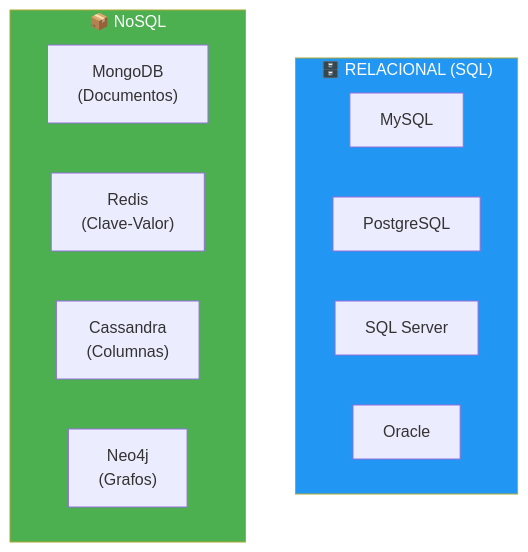
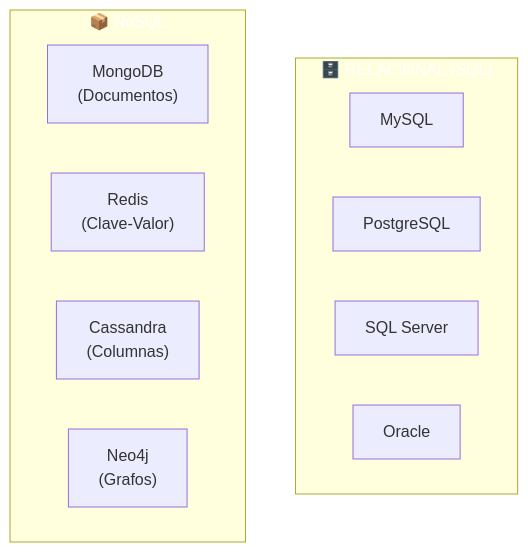
One commit to joseluisgs/DesarrolloWebEntornosServidor-01-2026-2027 changed the third of 4 diagrams in 08-servidores-web.md. Above: the diagram before and after it, drawn with Mermaid. The commit also changed other lines of this file and 66 other files, not shown here.

First line of the commit message:
fix: normalizar titulos al castellano de frase y corregir la paleta de mermaid

````diff
--- a/08-servidores-web.md
+++ b/08-servidores-web.md
@@ -305,19 +305,19 @@
 ```mermaid
 graph TD
     subgraph SQL["🗄️ RELACIONAL (SQL)"]
         S1["MySQL"]
         S2["PostgreSQL"]
         S3["SQL Server"]
         S4["Oracle"]
     end
 
     subgraph NOSQL["📦 NoSQL"]
         N1["MongoDB<br/>(Documentos)"]
         N2["Redis<br/>(Clave-Valor)"]
         N3["Cassandra<br/>(Columnas)"]
         N4["Neo4j<br/>(Grafos)"]
     end
 
-    style SQL fill:#2196F3,color:#fff
-    style NOSQL fill:#4CAF50,color:#fff
+    style SQL fill:#2196F,color:#fff3,color:#fff
+    style NOSQL fill:#4CAF5,color:#fff0,color:#fff
 ```
````
